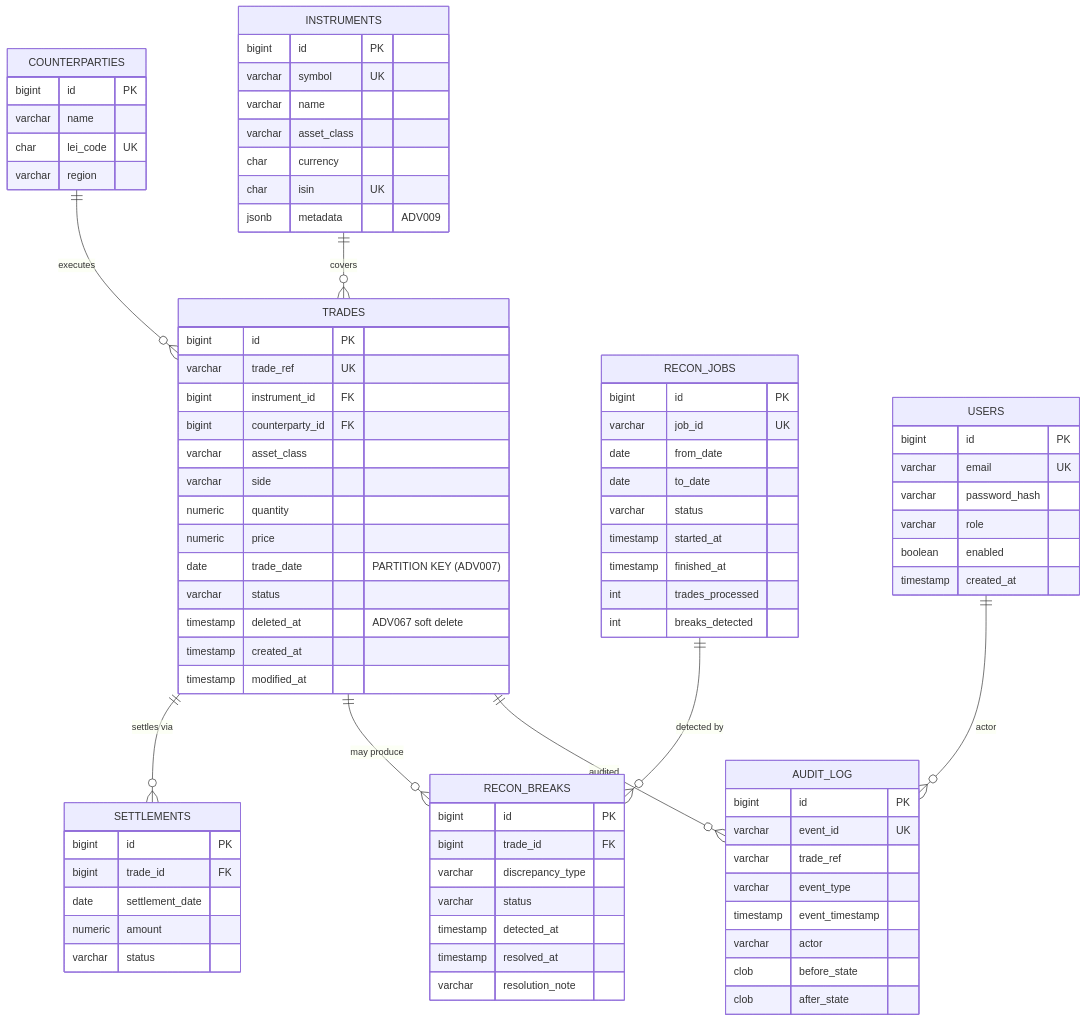
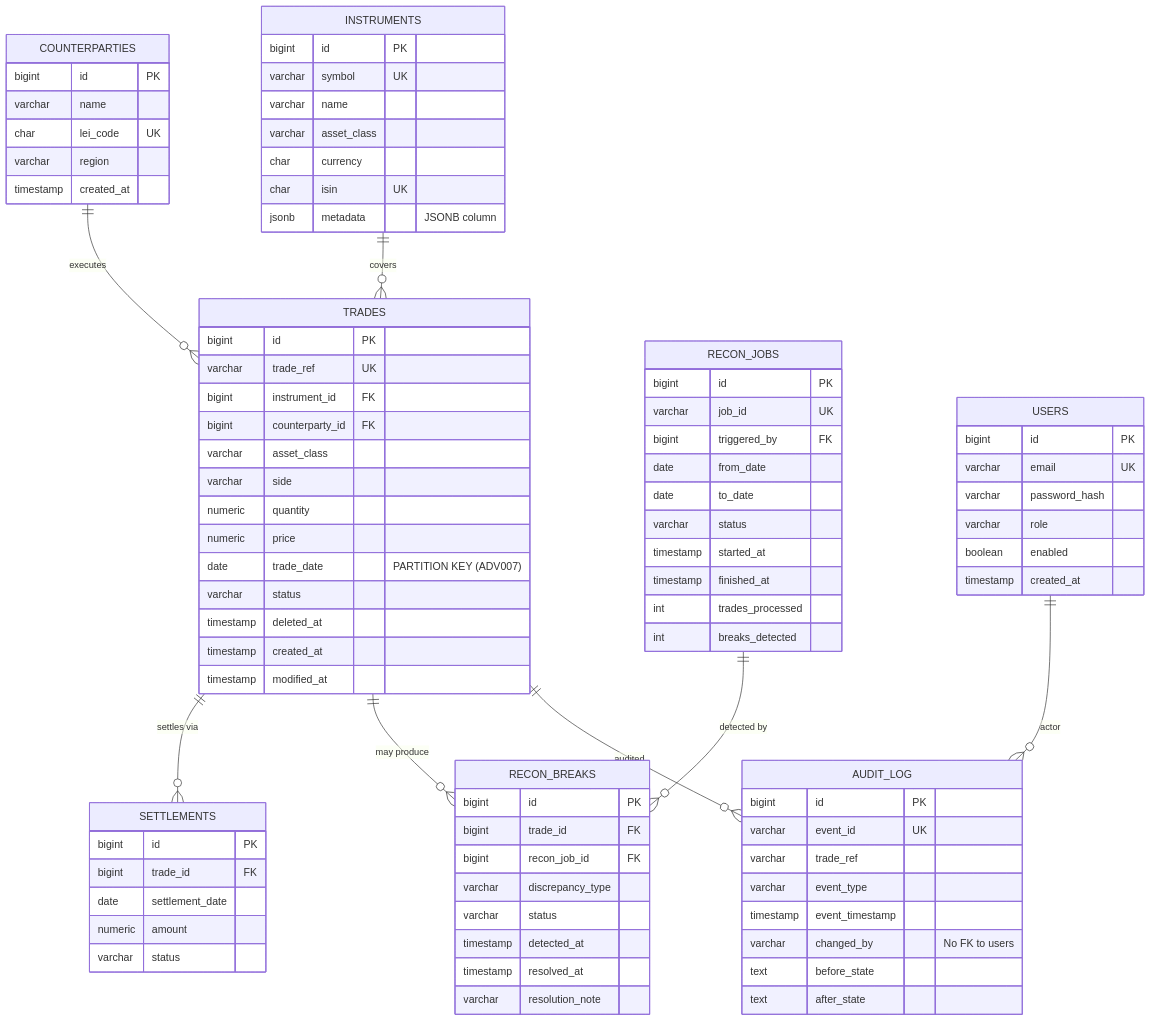
One commit to Dracq/db_project changed the diagram in db/erd.md. Above: the diagram before and after it, drawn with Mermaid. The commit also changed other lines of this file and 5 other files, not shown here.

```diff
--- a/db/erd.md
+++ b/db/erd.md
@@ -15,6 +13,7 @@
         varchar name
         char lei_code UK
         varchar region
+        timestamp created_at
     }
 
     INSTRUMENTS {
@@ -24,7 +23,7 @@
         varchar asset_class
         char currency
         char isin UK
-        jsonb metadata "ADV009"
+        jsonb metadata "JSONB column"
     }
 
     TRADES {
@@ -38,7 +37,7 @@
         numeric price
         date trade_date "PARTITION KEY (ADV007)"
         varchar status
-        timestamp deleted_at "ADV067 soft delete"
+        timestamp deleted_at
         timestamp created_at
         timestamp modified_at
     }
@@ -54,6 +53,7 @@
     RECON_BREAKS {
         bigint id PK
         bigint trade_id FK
+        bigint recon_job_id FK
         varchar discrepancy_type
         varchar status
         timestamp detected_at
@@ -64,6 +64,7 @@
     RECON_JOBS {
         bigint id PK
         varchar job_id UK
+        bigint triggered_by FK
         date from_date
         date to_date
         varchar status
@@ -79,9 +80,9 @@
         varchar trade_ref
         varchar event_type
         timestamp event_timestamp
-        varchar actor
-        clob before_state
-        clob after_state
+        varchar changed_by "No FK to users"
+        text before_state
+        text after_state
     }
 
     USERS {
```
